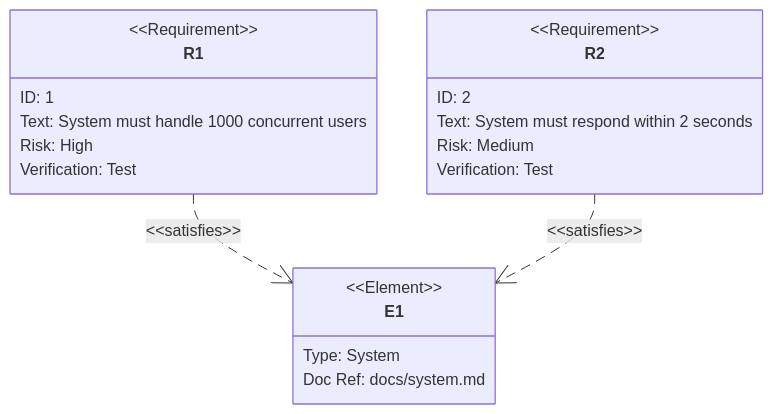
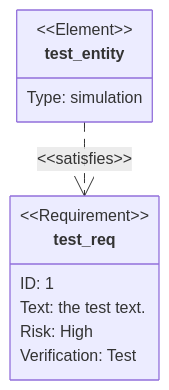
Before and after one commit to teachingai/full-stack-skills: the first of 8 diagrams in skills/mermaid/examples/requirement.md, drawn with Mermaid. The commit also changed other lines of this file and 21 other files, not shown here.

First line of the commit message:
docs(mermaid): 更新架构、块、C4和类图示例文档

````diff
--- a/skills/mermaid/examples/requirement.md
+++ b/skills/mermaid/examples/requirement.md
@@ -29,23 +31,16 @@
 ```mermaid
 requirementDiagram
-    requirement R1 {
-        id: 1
-        text: System must handle 1000 concurrent users
-        risk: high
-        verifymethod: test
-    }
-    requirement R2 {
-        id: 2
-        text: System must respond within 2 seconds
-        risk: medium
-        verifymethod: test
+
+    requirement test_req {
+    id: 1
+    text: the test text.
+    risk: high
+    verifymethod: test
     }
 
-    element E1 {
-        type: System
-        docref: docs/system.md
+    element test_entity {
+    type: simulation
     }
 
-    R1 - satisfies -> E1
-    R2 - satisfies -> E1
+    test_entity - satisfies -> test_req
 ```
````
